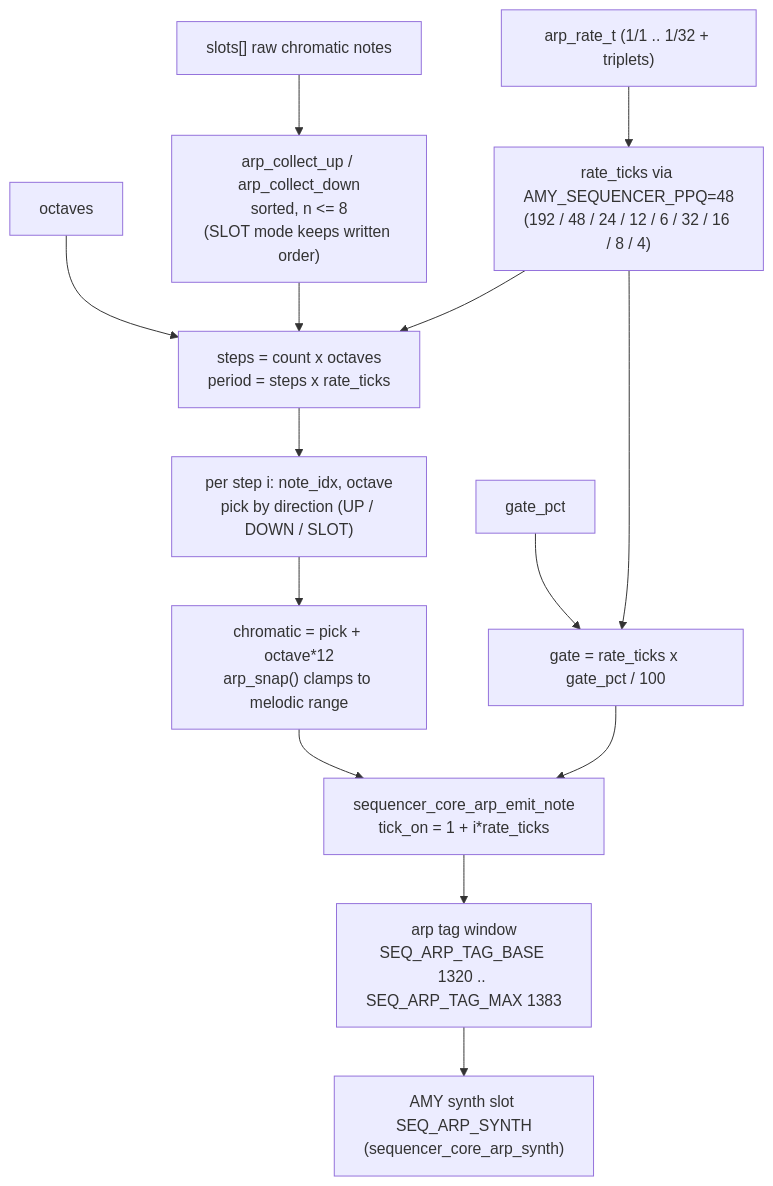
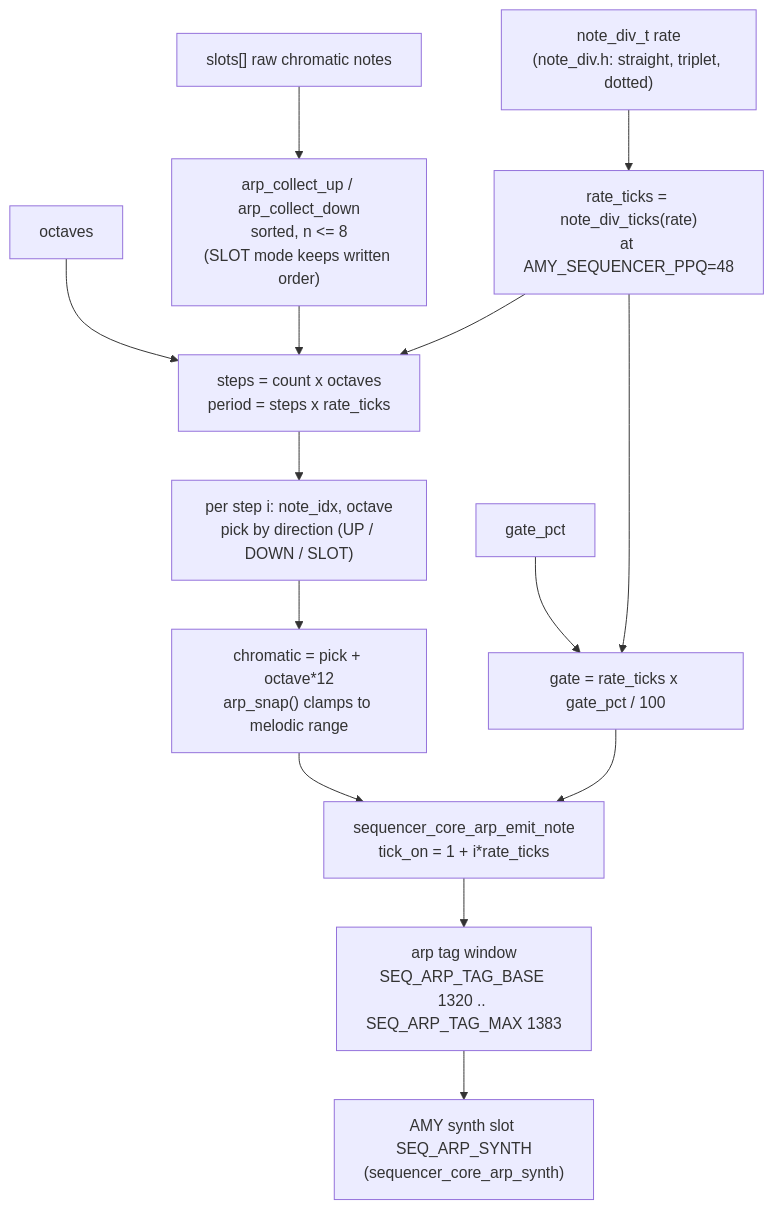
Before and after one commit to rt-rtos/S3-Amysynth: the second of 3 diagrams in components/synth_core/ARP-ARCHITECTURE.md, drawn with Mermaid. The commit also changed other lines of this file and 44 other files, not shown here.

````diff
--- a/components/synth_core/ARP-ARCHITECTURE.md
+++ b/components/synth_core/ARP-ARCHITECTURE.md
@@ -66,16 +66,16 @@
 ```mermaid
 flowchart TD
-    RATE["arp_rate_t (1/1 .. 1/32 + triplets)"] --> TICKS["rate_ticks via AMY_SEQUENCER_PPQ=48\n(192 / 48 / 24 / 12 / 6 / 32 / 16 / 8 / 4)"]
+    RATE["note_div_t rate\n(note_div.h: straight, triplet, dotted)"] --> TICKS["rate_ticks = note_div_ticks(rate)\nat AMY_SEQUENCER_PPQ=48"]
     SLOTS["slots[] raw chromatic notes"] --> SORT["arp_collect_up / arp_collect_down\nsorted, n <= 8\n(SLOT mode keeps written order)"]
     OCT["octaves"] --> STEPS
     SORT --> STEPS["steps = count x octaves\nperiod = steps x rate_ticks"]
     GATEPCT["gate_pct"] --> GATE["gate = rate_ticks x gate_pct / 100"]
     TICKS --> STEPS
     TICKS --> GATE
     STEPS --> PICK["per step i: note_idx, octave\npick by direction (UP / DOWN / SLOT)"]
     PICK --> SNAP["chromatic = pick + octave*12\narp_snap() clamps to melodic range"]
     SNAP --> EMIT["sequencer_core_arp_emit_note\ntick_on = 1 + i*rate_ticks"]
     GATE --> EMIT
     EMIT --> TAGWIN["arp tag window\nSEQ_ARP_TAG_BASE 1320 .. SEQ_ARP_TAG_MAX 1383"]
     TAGWIN --> SYNTH["AMY synth slot SEQ_ARP_SYNTH\n(sequencer_core_arp_synth)"]
 ```
````
